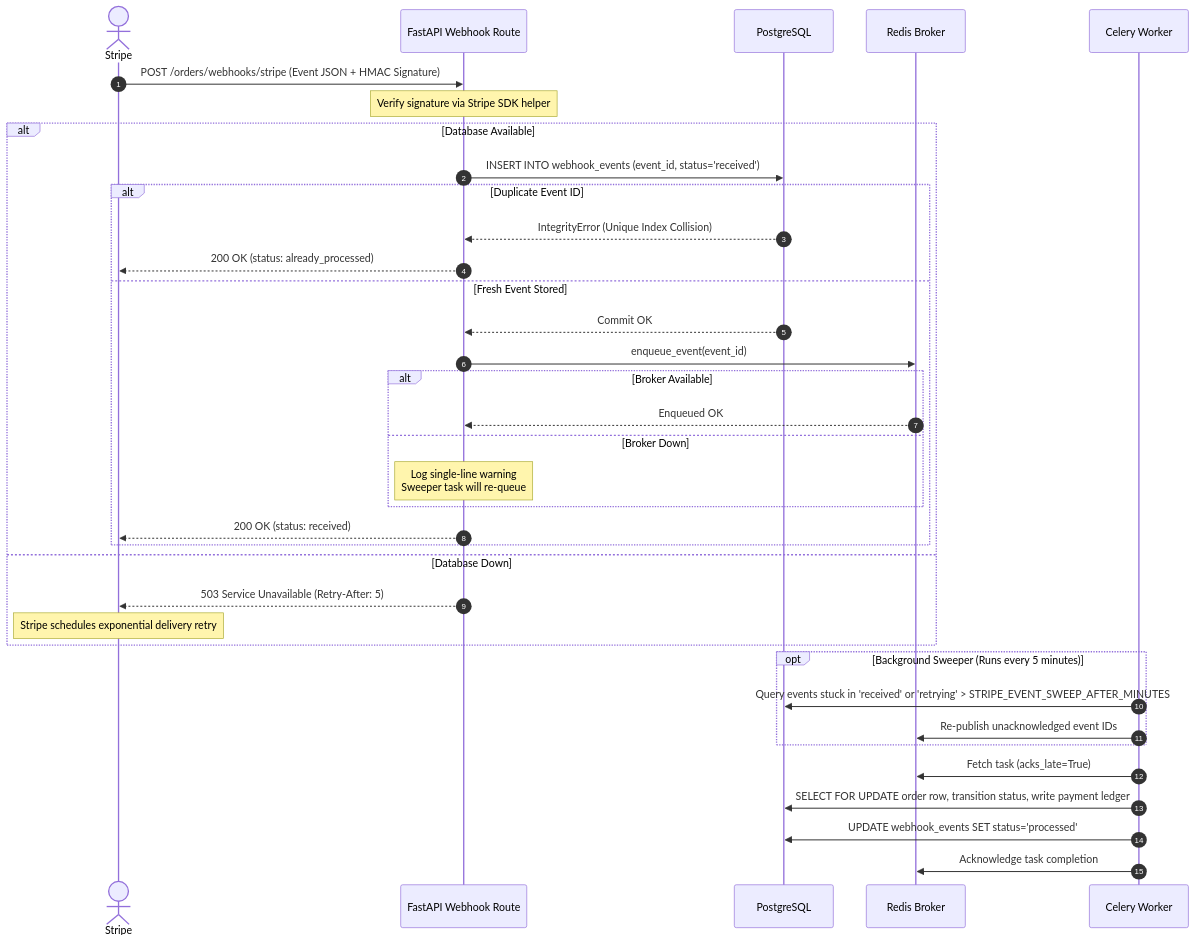
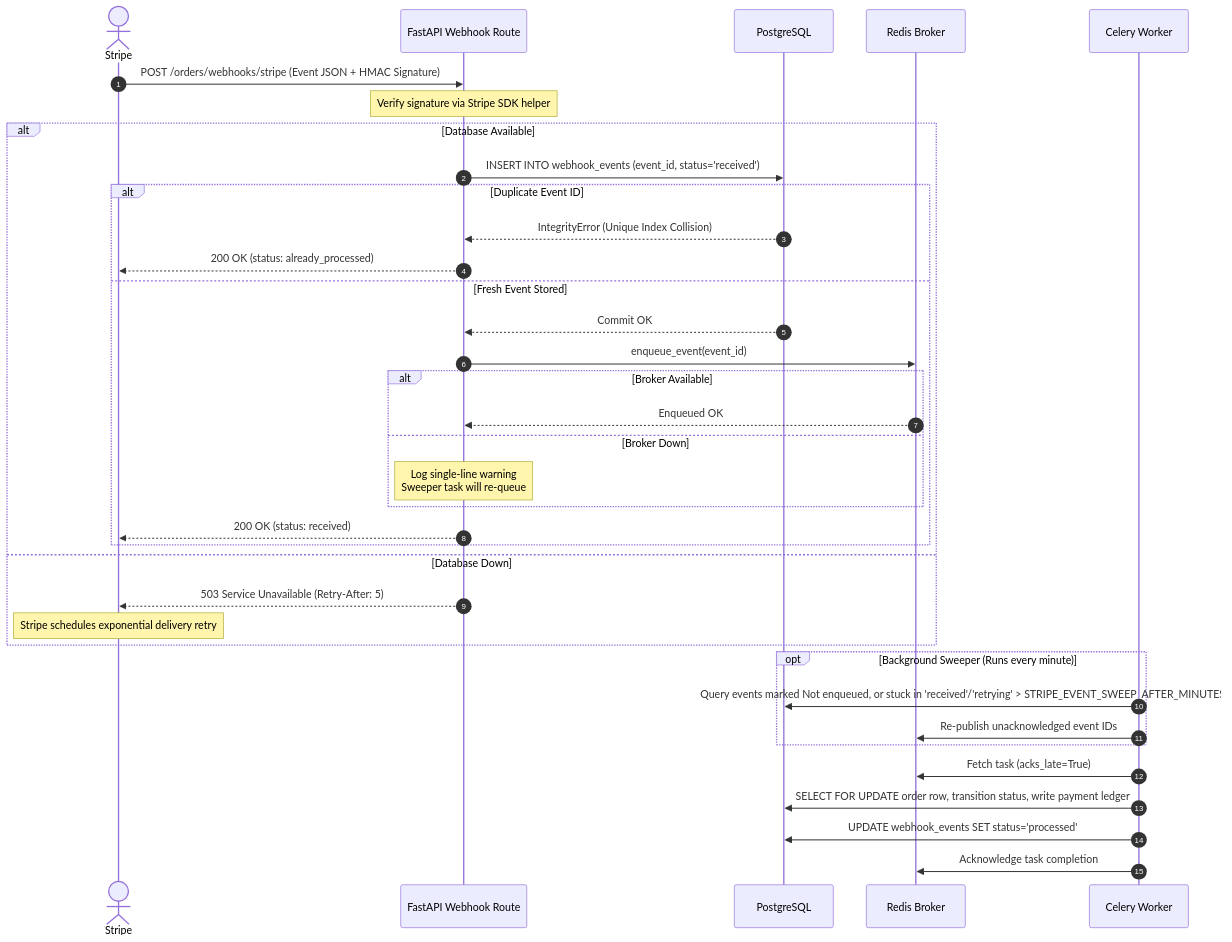
The diagram in docs/RESILIENCE.md (nadeko0/fastapi_e-commerce_backend), drawn with Mermaid before and after one commit. The commit also changed other lines of this file and 14 other files, not shown here.

First line of the commit message:
fix(webhooks): publish an event the broker refused on the sweeper's next run

````diff
--- a/docs/RESILIENCE.md
+++ b/docs/RESILIENCE.md
@@ -25,41 +25,41 @@
 ```mermaid
 sequenceDiagram
     autonumber
     actor Stripe
     participant API as FastAPI Webhook Route
     participant DB as PostgreSQL
     participant Redis as Redis Broker
     participant Worker as Celery Worker
 
     Stripe->>API: POST /orders/webhooks/stripe (Event JSON + HMAC Signature)
     Note over API: Verify signature via Stripe SDK helper
     alt Database Available
         API->>DB: INSERT INTO webhook_events (event_id, status='received')
         alt Duplicate Event ID
             DB-->>API: IntegrityError (Unique Index Collision)
             API-->>Stripe: 200 OK (status: already_processed)
         else Fresh Event Stored
             DB-->>API: Commit OK
             API->>Redis: enqueue_event(event_id)
             alt Broker Available
                 Redis-->>API: Enqueued OK
             else Broker Down
                 Note over API: Log single-line warning<br/>Sweeper task will re-queue
             end
             API-->>Stripe: 200 OK (status: received)
         end
     else Database Down
         API-->>Stripe: 503 Service Unavailable (Retry-After: 5)
         Note over Stripe: Stripe schedules exponential delivery retry
     end
 
-    opt Background Sweeper (Runs every 5 minutes)
-        Worker->>DB: Query events stuck in 'received' or 'retrying' > STRIPE_EVENT_SWEEP_AFTER_MINUTES
+    opt Background Sweeper (Runs every minute)
+        Worker->>DB: Query events marked Not enqueued, or stuck in 'received'/'retrying' > STRIPE_EVENT_SWEEP_AFTER_MINUTES
         Worker->>Redis: Re-publish unacknowledged event IDs
     end
 
     Worker->>Redis: Fetch task (acks_late=True)
     Worker->>DB: SELECT FOR UPDATE order row, transition status, write payment ledger
     Worker->>DB: UPDATE webhook_events SET status='processed'
     Worker->>Redis: Acknowledge task completion
 ```
````
